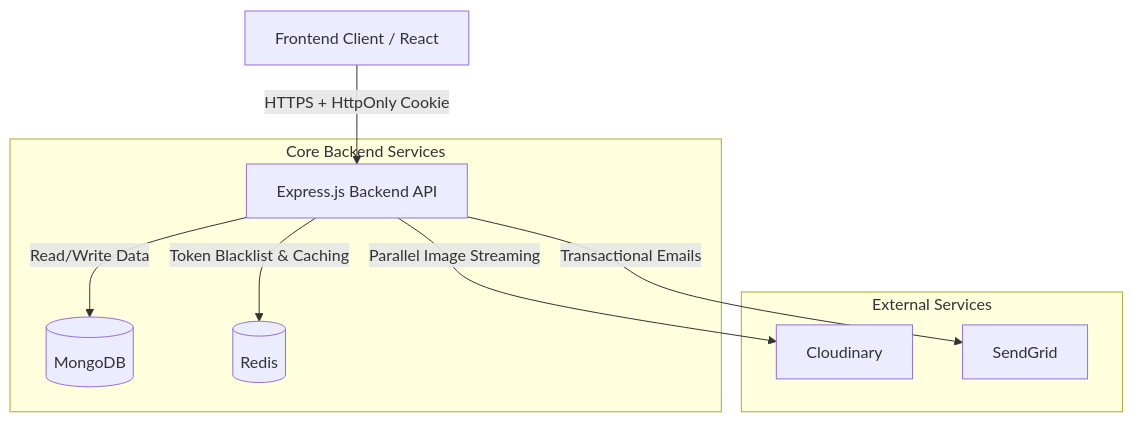
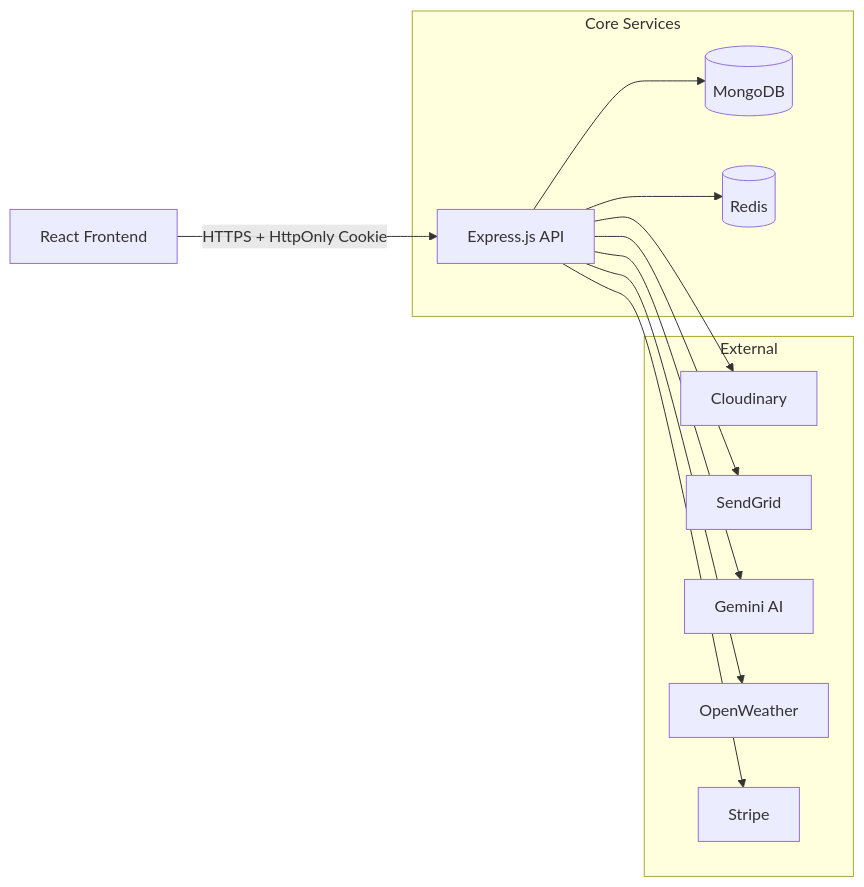
Before and after one commit to uttkarshnjr10/ApnaManager_Backend: the diagram in Readme.md, drawn with Mermaid. The commit also changed other lines of this file and 50 other files, not shown here.

Commit message:
feat: implement core backend architecture including controllers, models, routes, and utility services

````diff
--- a/Readme.md
+++ b/Readme.md
@@ -56,15 +42,17 @@
 ```mermaid
-graph TD
-    Client[Frontend Client / React] -->|HTTPS + HttpOnly Cookie| API[Express.js Backend API]
+graph LR
+    Client[React Frontend] -->|HTTPS + HttpOnly Cookie| API[Express.js API]
 
-    subgraph "Core Backend Services"
-        API -->|Read/Write Data| DB[(MongoDB)]
-        API -->|Token Blacklist & Caching| Cache[(Redis)]
+    subgraph Core Services
+        API --> DB[(MongoDB)]
+        API --> Cache[(Redis)]
     end
 
-    subgraph "External Services"
-        API -->|Parallel Image Streaming| Cloud[Cloudinary]
-        API -->|Transactional Emails| SMTP[SendGrid]
+    subgraph External
+        API --> CDN[Cloudinary]
+        API --> Email[SendGrid]
+        API --> AI[Gemini AI]
+        API --> Weather[OpenWeather]
+        API --> Payments[Stripe]
     end
-
 ```
````
